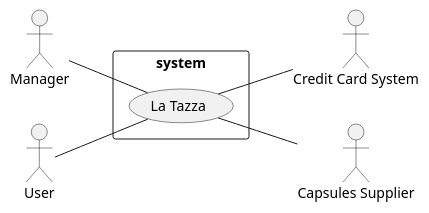
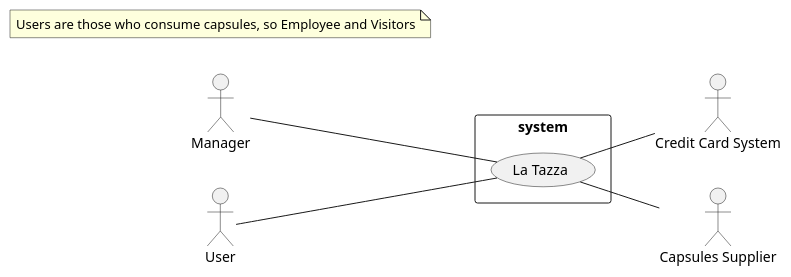
The diagram in templates/RequirementsTemplate.md (SimoneDutto/LaTazza), drawn with PlantUML before and after one commit.

Commit message:
Modified context diagram

````diff
--- a/templates/RequirementsTemplate.md
+++ b/templates/RequirementsTemplate.md
@@ -41,17 +41,18 @@
 ```plantuml
 left to right direction
 skinparam packageStyle rectangle
 
 Actor Manager as m
 Actor User as u
 Actor "Credit Card System" as cc
 Actor "Capsules Supplier" as cs
 
 rectangle system {
   (La Tazza) as lt
   m -- lt
   u -- lt
   lt -- cc
   lt -- cs
 }
+note "Users are those who consume capsules, so Employee and Visitors" as n
 ```
````
